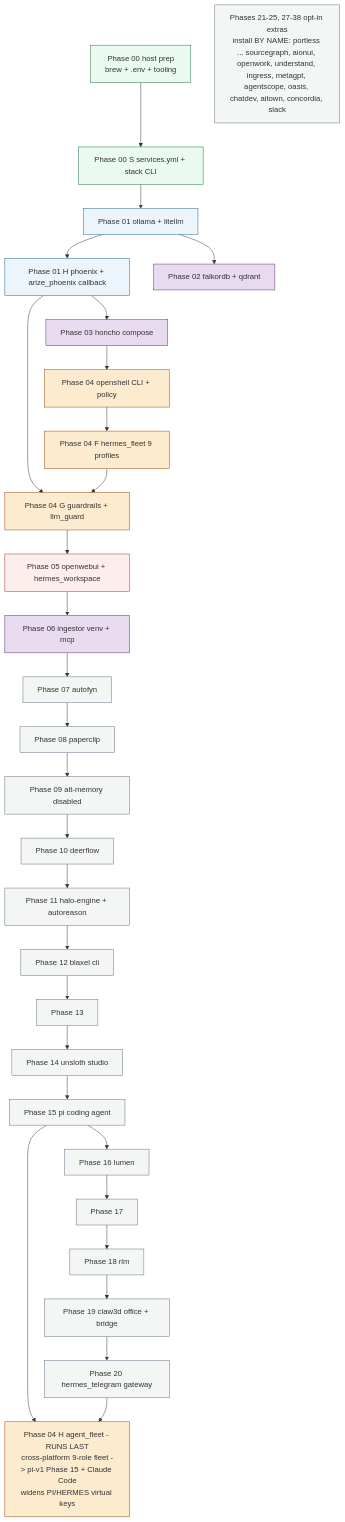
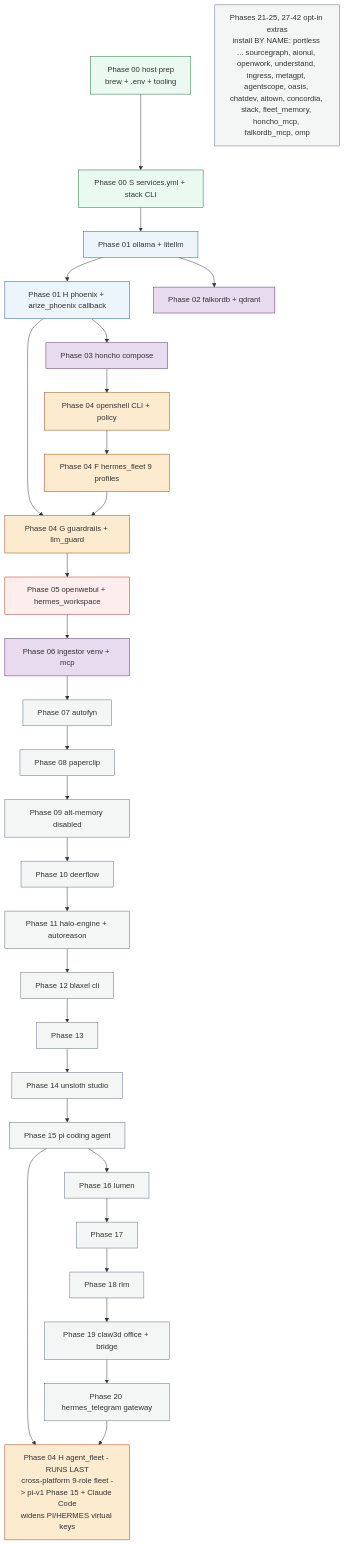
Before and after one commit to mayssamj/versatile-ai-stack: the sixth of 6 diagrams in doc/DEPENDENCIES.md, drawn with Mermaid. The commit also changed 24 other files, not shown here.

````diff
--- a/doc/DEPENDENCIES.md
+++ b/doc/DEPENDENCIES.md
@@ -374,49 +374,49 @@
 ```mermaid
 graph TD
   classDef host fill:#eafaf1,stroke:#196f3d
   classDef inf fill:#ebf5fb,stroke:#1f618d
   classDef store fill:#e8daef,stroke:#5b2c6f
   classDef sec fill:#fdebd0,stroke:#a04000
   classDef ui fill:#fdedec,stroke:#a93226
   classDef opt fill:#f4f6f6,stroke:#5d6d7e
 
   p00[Phase 00 host prep<br/>brew + .env + tooling]:::host
   p00s[Phase 00 S services.yml + stack CLI]:::host
   p01[Phase 01 ollama + litellm]:::inf
   p01h[Phase 01 H phoenix + arize_phoenix callback]:::inf
   p02[Phase 02 falkordb + qdrant]:::store
   p03[Phase 03 honcho compose]:::store
   p04[Phase 04 openshell CLI + policy]:::sec
   p04f[Phase 04 F hermes_fleet 9 profiles]:::sec
   p04g[Phase 04 G guardrails + llm_guard]:::sec
   p05[Phase 05 openwebui + hermes_workspace]:::ui
   p06[Phase 06 ingestor venv + mcp]:::store
   p07[Phase 07 autofyn]:::opt
   p08[Phase 08 paperclip]:::opt
   p09[Phase 09 alt-memory disabled]:::opt
   p10[Phase 10 deerflow]:::opt
   p11[Phase 11 halo-engine + autoreason]:::opt
   p12[Phase 12 blaxel cli]:::opt
   p13[Phase 13]:::opt
   p14[Phase 14 unsloth studio]:::opt
   p15[Phase 15 pi coding agent]:::opt
   p16[Phase 16 lumen]:::opt
   p17[Phase 17]:::opt
   p18[Phase 18 rlm]:::opt
   p19[Phase 19 claw3d office + bridge]:::opt
   p20[Phase 20 hermes_telegram gateway]:::opt
-  p21_26[Phases 21-25, 27-38 opt-in extras<br/>install BY NAME: portless ... sourcegraph, aionui, openwork, understand, ingress, metagpt, agentscope, oasis, chatdev, aitown, concordia, slack]:::opt
+  p21_26[Phases 21-25, 27-42 opt-in extras<br/>install BY NAME: portless ... sourcegraph, aionui, openwork, understand, ingress, metagpt, agentscope, oasis, chatdev, aitown, concordia, slack, fleet_memory, honcho_mcp, falkordb_mcp, omp]:::opt
   p04h[Phase 04 H agent_fleet - RUNS LAST<br/>cross-platform 9-role fleet -> pi-v1 Phase 15 + Claude Code<br/>widens PI/HERMES virtual keys]:::sec
 
   p00 --> p00s --> p01 --> p01h
   p01 --> p02
   p01h --> p03
   p03 --> p04 --> p04f
   p01h --> p04g
   p04f --> p04g
   p04g --> p05
   p05 --> p06
   p06 --> p07 --> p08 --> p09 --> p10 --> p11 --> p12 --> p13 --> p14 --> p15 --> p16 --> p17 --> p18 --> p19 --> p20
   p15 --> p04h
   p20 --> p04h
 ```
````
